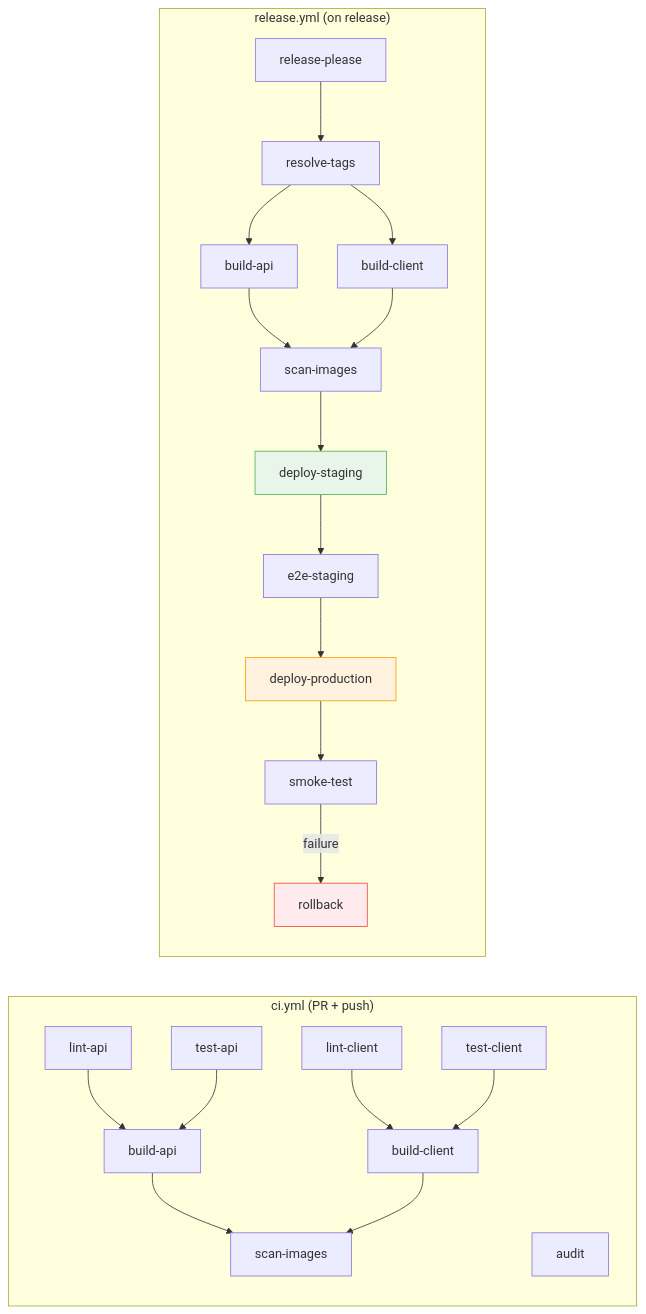
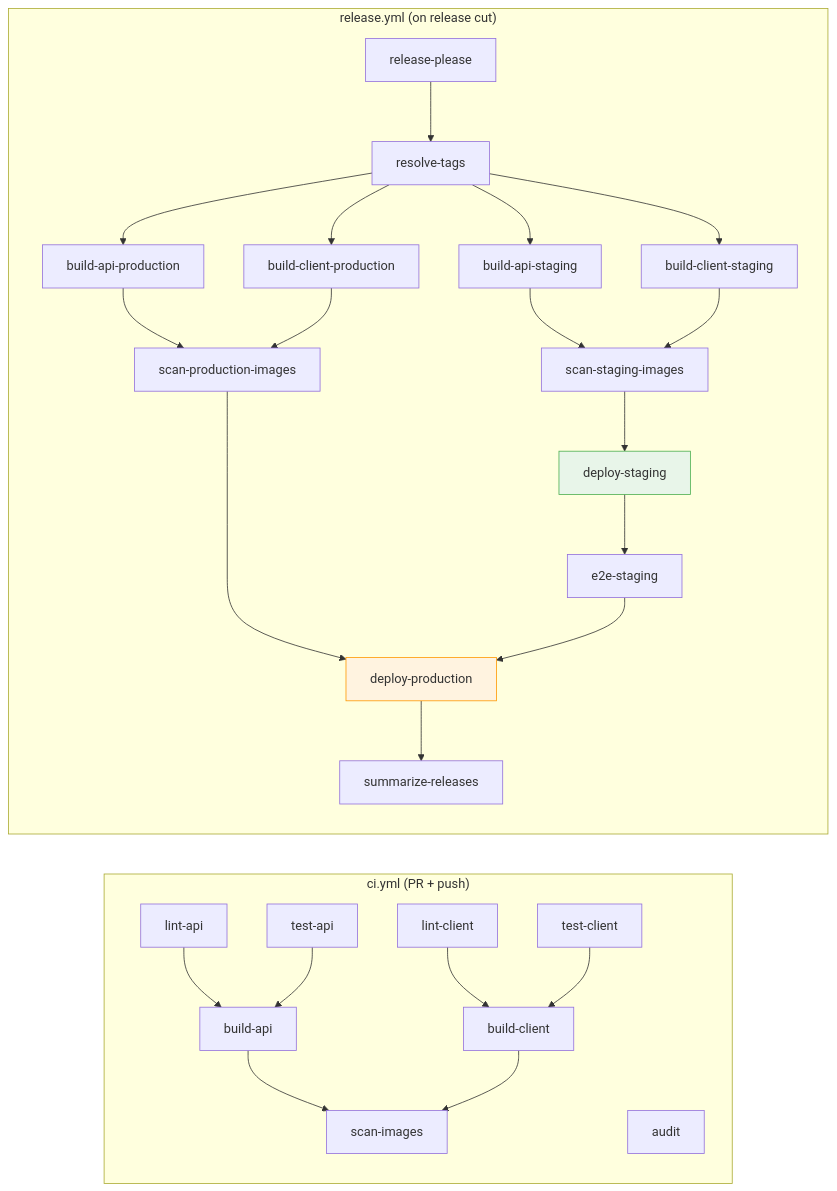
Before and after one commit to dhis2/certification-app: the eighth of 8 diagrams in docs/architecture.md, drawn with Mermaid. The commit also changed other lines of this file and 7 other files, not shown here.

````diff
--- a/docs/architecture.md
+++ b/docs/architecture.md
@@ -245,24 +245,26 @@
 ```mermaid
 graph LR
     subgraph CI["ci.yml (PR + push)"]
         LA[lint-api] & LC[lint-client] & TA[test-api] & TC[test-client] & AU[audit]
         LA & TA --> BA[build-api]
         LC & TC --> BC[build-client]
         BA & BC --> SC[scan-images]
     end
 
-    subgraph Release["release.yml (on release)"]
+    subgraph Release["release.yml (on release cut)"]
         RP[release-please] --> RT[resolve-tags]
-        RT --> BA2[build-api] & BC2[build-client]
-        BA2 & BC2 --> SC2[scan-images]
-        SC2 --> DS[deploy-staging]
+        RT --> BAst[build-api-staging]
+        RT --> BApr[build-api-production]
+        RT --> BCst[build-client-staging]
+        RT --> BCpr[build-client-production]
+        BAst & BCst --> SCst[scan-staging-images]
+        BApr & BCpr --> SCpr[scan-production-images]
+        SCst --> DS[deploy-staging]
         DS --> E2E[e2e-staging]
-        E2E --> DP[deploy-production]
-        DP --> SM[smoke-test]
-        SM -->|failure| RB[rollback]
+        SCpr & E2E --> DP[deploy-production]
+        DP --> SR[summarize-releases]
     end
 
     style DS fill:#e8f5e9,stroke:#4CAF50
     style DP fill:#fff3e0,stroke:#FF9800
-    style RB fill:#ffebee,stroke:#f44336
 ```
````
